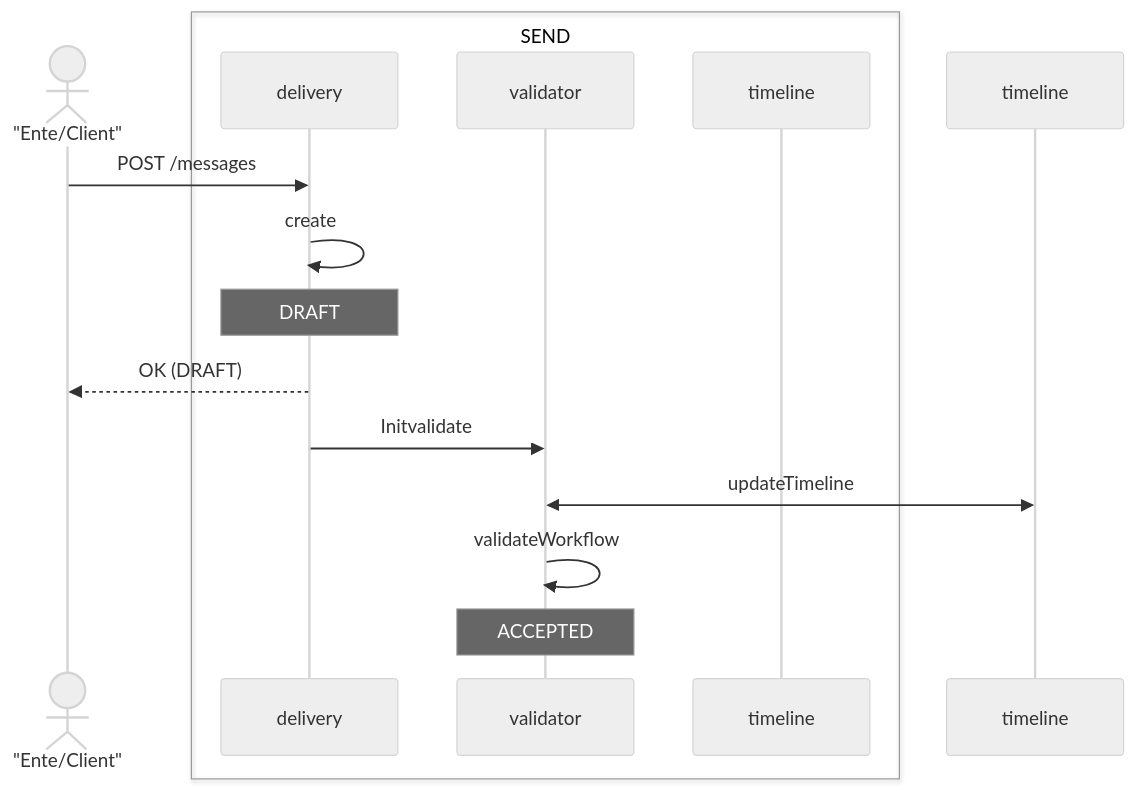
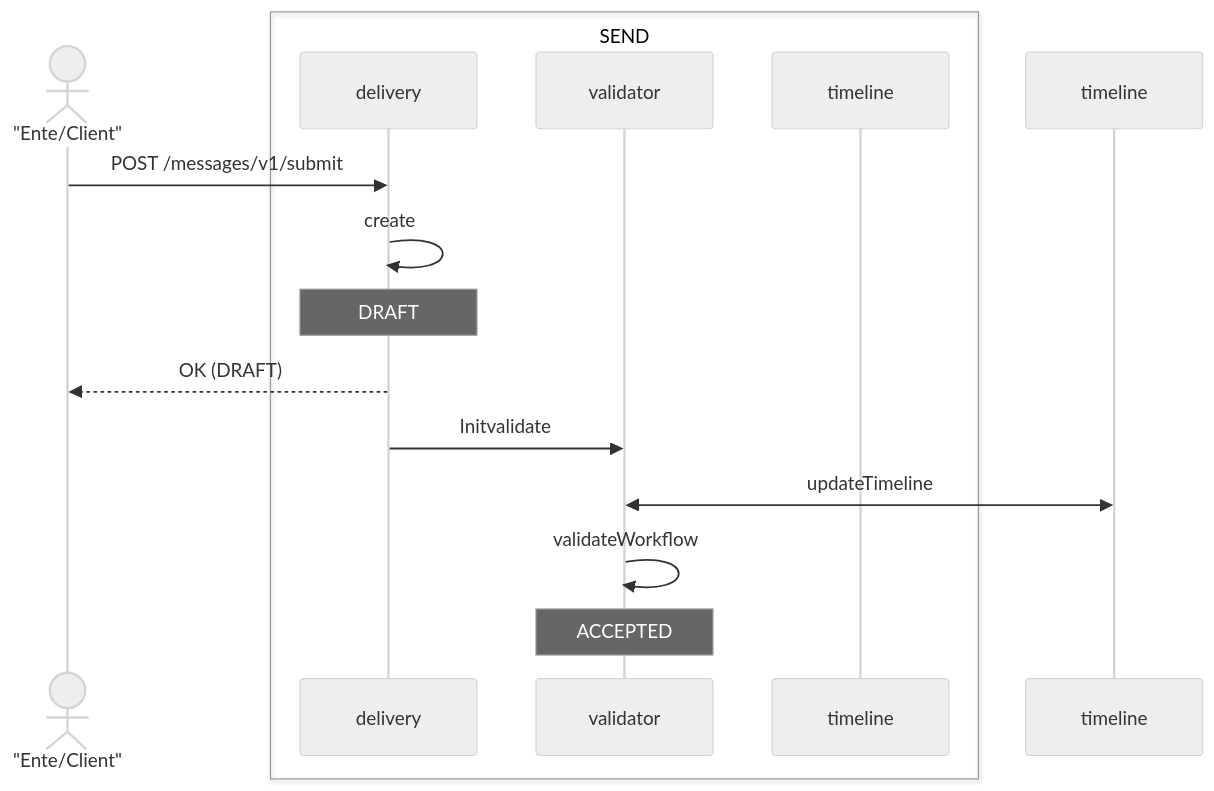
The third of 3 diagrams in send/orchestratore/orchestratore.md (pagopa/pn-lab-docs), drawn with Mermaid (neutral theme) before and after one commit. The commit also changed other lines of this file and 1 other file, not shown here.

Commit message:
first proposal

````diff
--- a/send/orchestratore/orchestratore.md
+++ b/send/orchestratore/orchestratore.md
@@ -72,18 +72,18 @@
 ```mermaid
 sequenceDiagram
 actor ec as "Ente/Client"
 box SEND
 participant cmp as delivery
 participant val as validator
 participant time as timeline
 end
 
-ec ->> cmp : POST /messages
+ec ->> cmp : POST /messages/v1/submit
 cmp ->> cmp : create
 note over cmp: DRAFT
 cmp -->> ec: OK (DRAFT)
 cmp ->> val : Initvalidate
 val <<->> timeline : updateTimeline
 val ->> val : validateWorkflow
 note over val: ACCEPTED
 ```
````
